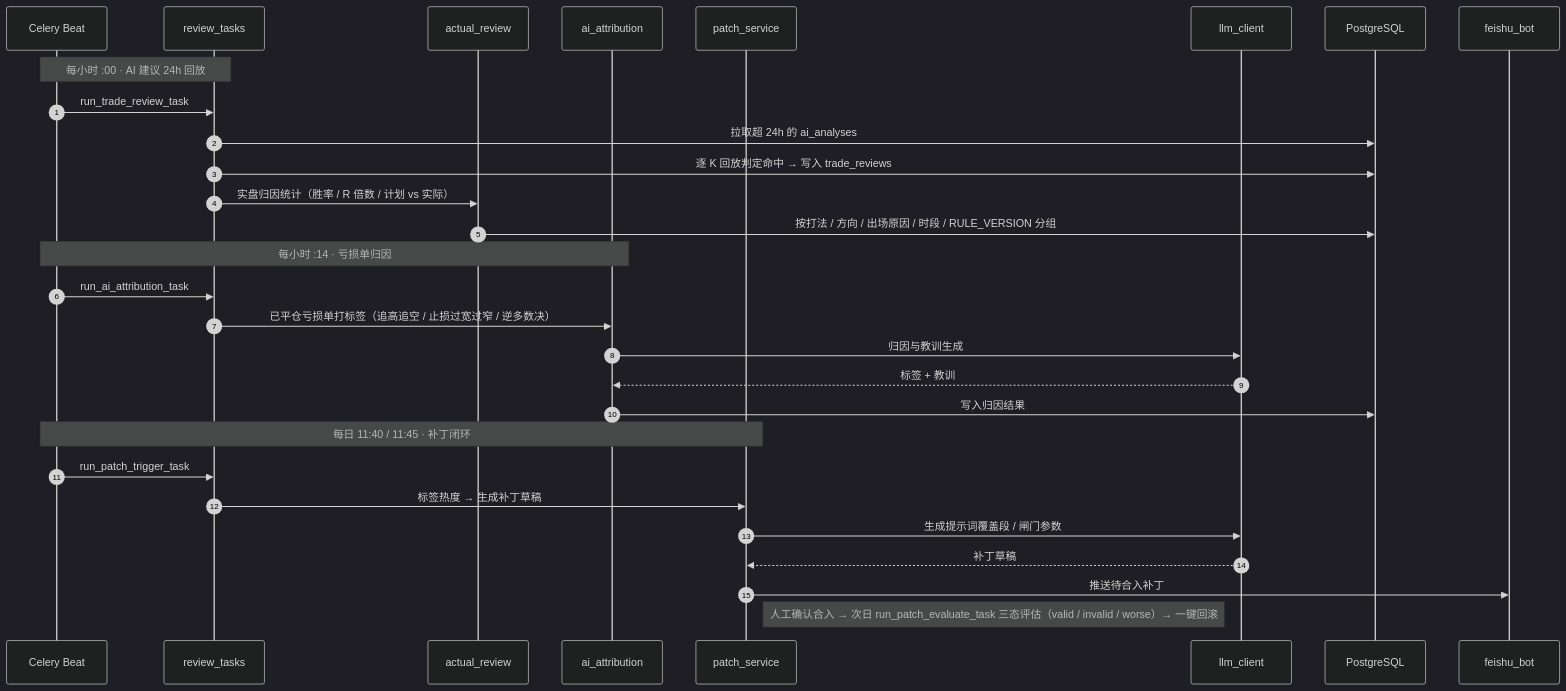
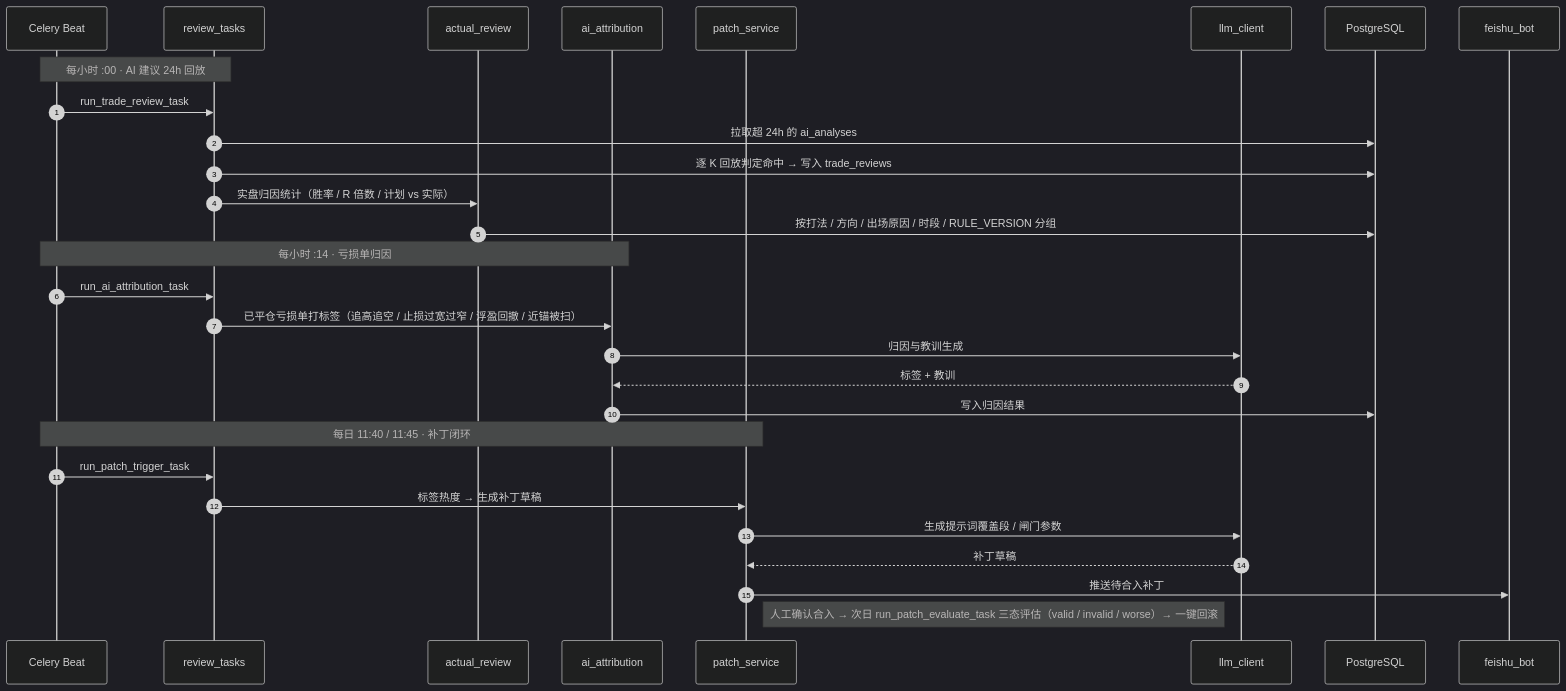
Before and after one commit to wwei-github/trading-workbench: the ninth of 13 diagrams in frontend/src/assets/CODE_WIKI.md, drawn with Mermaid (dark theme). The commit also changed other lines of this file and 4 other files, not shown here.

````diff
--- a/frontend/src/assets/CODE_WIKI.md
+++ b/frontend/src/assets/CODE_WIKI.md
@@ -816,34 +816,34 @@
 ```mermaid
 sequenceDiagram
     autonumber
     participant Beat as Celery Beat
     participant RT as review_tasks
     participant AR as actual_review
     participant AA as ai_attribution
     participant PS as patch_service
     participant LLM as llm_client
     participant DB as PostgreSQL
     participant FS as feishu_bot
 
     Note over Beat,RT: 每小时 :00 · AI 建议 24h 回放
     Beat->>RT: run_trade_review_task
     RT->>DB: 拉取超 24h 的 ai_analyses
     RT->>DB: 逐 K 回放判定命中 → 写入 trade_reviews
     RT->>AR: 实盘归因统计（胜率 / R 倍数 / 计划 vs 实际）
     AR->>DB: 按打法 / 方向 / 出场原因 / 时段 / RULE_VERSION 分组
 
     Note over Beat,AA: 每小时 :14 · 亏损单归因
     Beat->>RT: run_ai_attribution_task
-    RT->>AA: 已平仓亏损单打标签（追高追空 / 止损过宽过窄 / 逆多数决）
+    RT->>AA: 已平仓亏损单打标签（追高追空 / 止损过宽过窄 / 浮盈回撤 / 近锚被扫）
     AA->>LLM: 归因与教训生成
     LLM-->>AA: 标签 + 教训
     AA->>DB: 写入归因结果
 
     Note over Beat,PS: 每日 11:40 / 11:45 · 补丁闭环
     Beat->>RT: run_patch_trigger_task
     RT->>PS: 标签热度 → 生成补丁草稿
     PS->>LLM: 生成提示词覆盖段 / 闸门参数
     LLM-->>PS: 补丁草稿
     PS->>FS: 推送待合入补丁
     Note right of PS: 人工确认合入 → 次日 run_patch_evaluate_task 三态评估（valid / invalid / worse）→ 一键回滚
 ```
````
